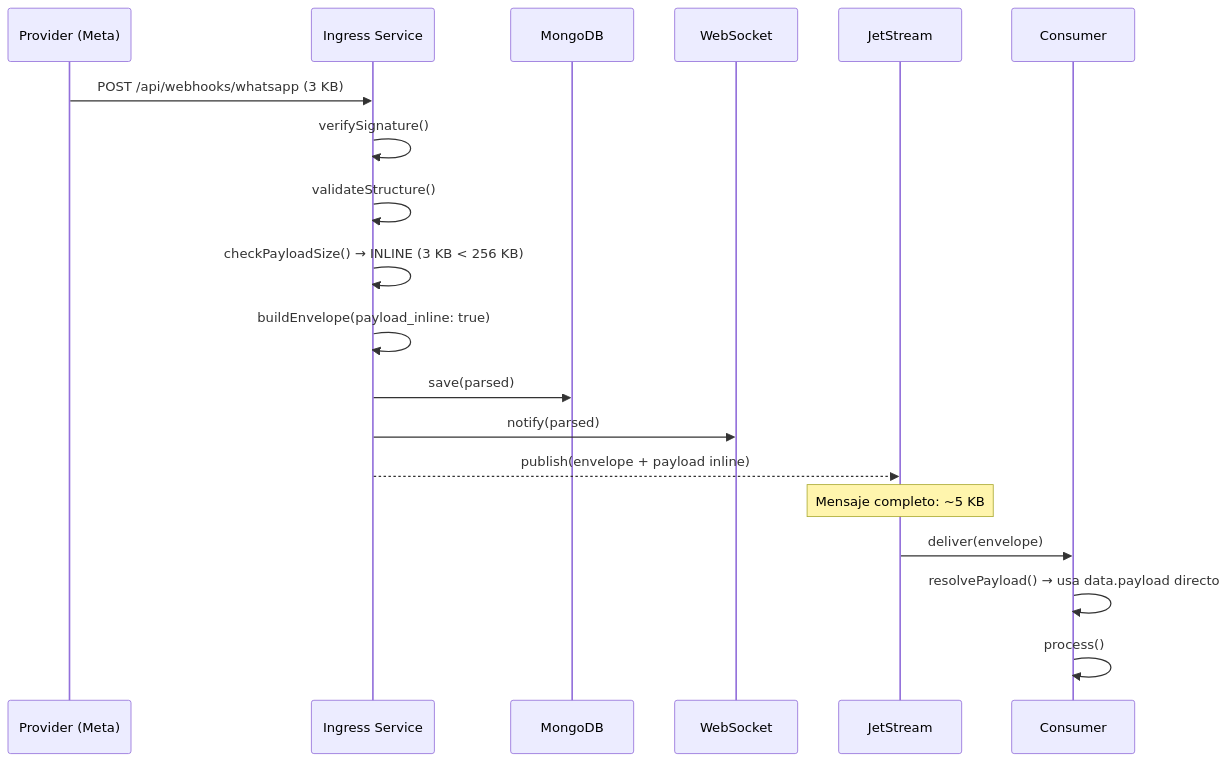
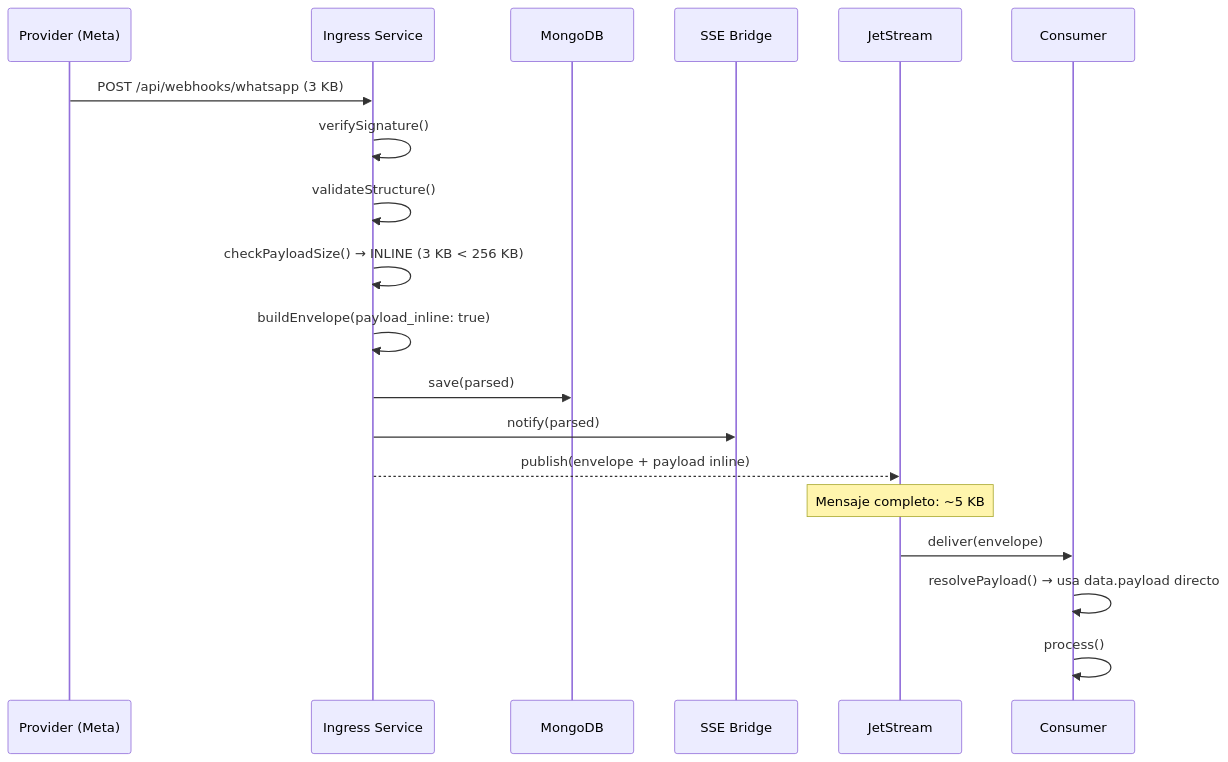
The first of 6 diagrams in coexistance/docs/arquitectura/04-claim-check.md (ccarnero/colloqui), drawn with Mermaid before and after one commit. The commit also changed 184 other files, not shown here.

````diff
--- a/coexistance/docs/arquitectura/04-claim-check.md
+++ b/coexistance/docs/arquitectura/04-claim-check.md
@@ -43,22 +43,22 @@
 ```mermaid
 sequenceDiagram
     participant P as Provider (Meta)
     participant I as Ingress Service
     participant M as MongoDB
-    participant WS as WebSocket
+    participant SSE as SSE Bridge
     participant JS as JetStream
     participant C as Consumer
 
     P->>I: POST /api/webhooks/whatsapp (3 KB)
     I->>I: verifySignature()
     I->>I: validateStructure()
     I->>I: checkPayloadSize() → INLINE (3 KB < 256 KB)
     I->>I: buildEnvelope(payload_inline: true)
     I->>M: save(parsed)
-    I->>WS: notify(parsed)
+    I->>SSE: notify(parsed)
     I-->>JS: publish(envelope + payload inline)
     Note over JS: Mensaje completo: ~5 KB
     JS->>C: deliver(envelope)
     C->>C: resolvePayload() → usa data.payload directo
     C->>C: process()
 ```
````
